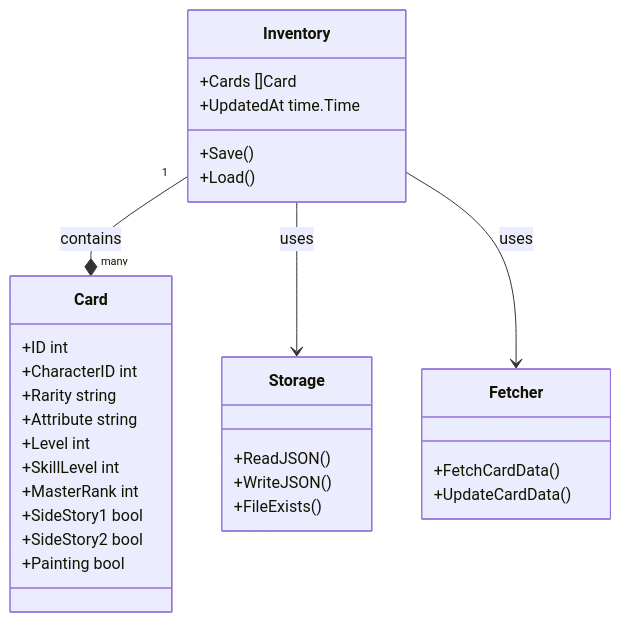
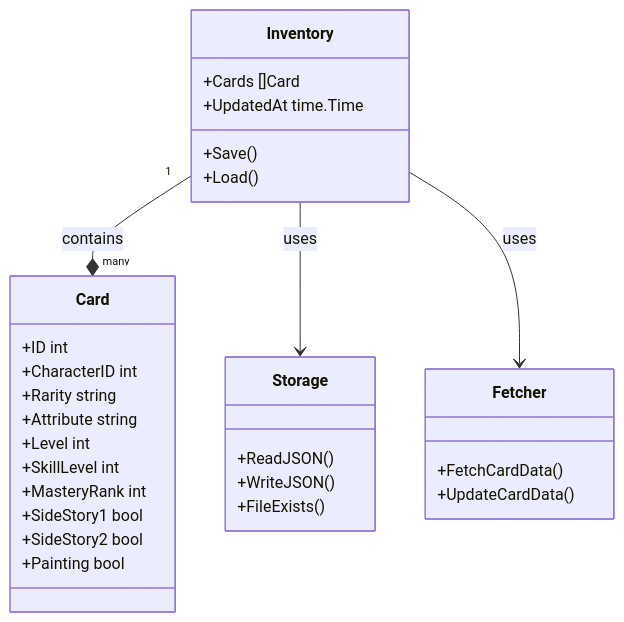
Before and after one commit to GreydonDesu/sekai-inventory: the diagram in README.md, drawn with Mermaid. The commit also changed other lines of this file and 7 other files, not shown here.

Commit message:
fix: change wording to mastery rank (like in the game)

````diff
--- a/README.md
+++ b/README.md
@@ -182,37 +182,37 @@
 ```mermaid
 classDiagram
     class Card {
         +ID int
         +CharacterID int
         +Rarity string
         +Attribute string
         +Level int
         +SkillLevel int
-        +MasterRank int
+        +MasteryRank int
         +SideStory1 bool
         +SideStory2 bool
         +Painting bool
     }
 
     class Inventory {
         +Cards []Card
         +UpdatedAt time.Time
         +Save()
         +Load()
     }
 
     class Storage {
         +ReadJSON()
         +WriteJSON()
         +FileExists()
     }
 
     class Fetcher {
         +FetchCardData()
         +UpdateCardData()
     }
 
     Inventory "1" --* "many" Card : contains
     Inventory --> Storage : uses
     Inventory --> Fetcher : uses
 ```
````
